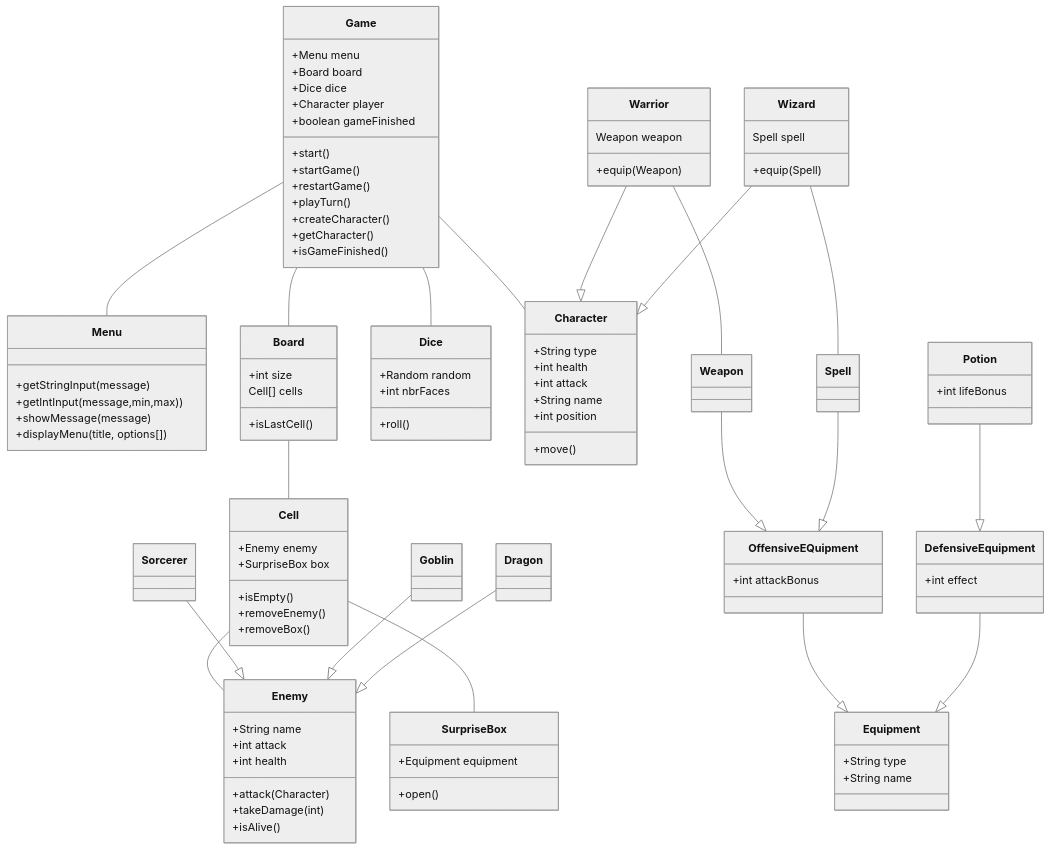
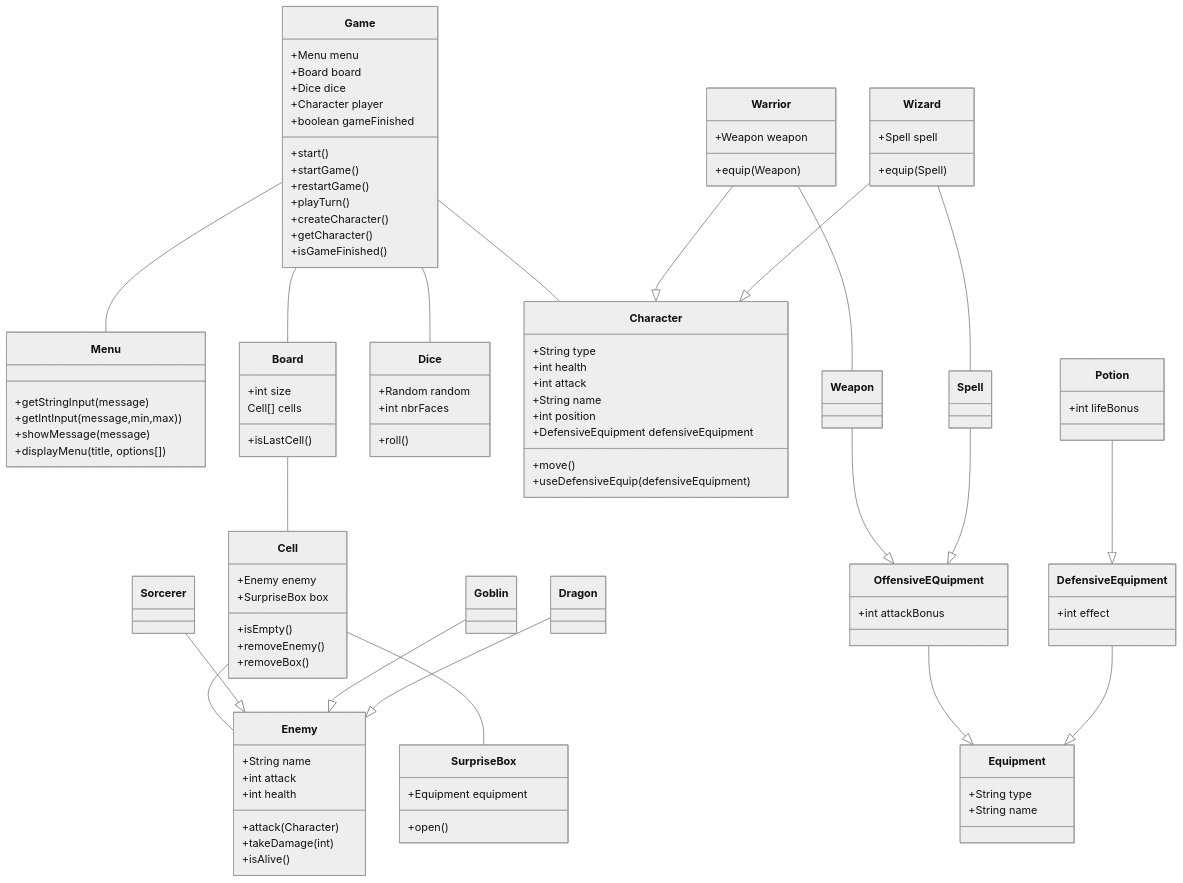
The diagram in README.md (CorentinFERRY/DnDGame), drawn with Mermaid (neutral theme) before and after one commit.

Commit message:
add: defensiveEquipement on Character Class

```diff
--- a/README.md
+++ b/README.md
@@ -139,16 +139,18 @@
 	    +int attack
 	    +String name
 	    +int position
+	    +DefensiveEquipment defensiveEquipment
 	    +move()
+	    +useDefensiveEquip(defensiveEquipment)
     }
 
     class Warrior {
-	    Weapon weapon
+	    +Weapon weapon
 	    +equip(Weapon)
     }
 
     class Wizard {
-	    Spell spell
+	    +Spell spell
 	    +equip(Spell)
     }
 
```
